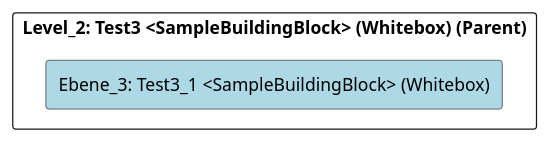
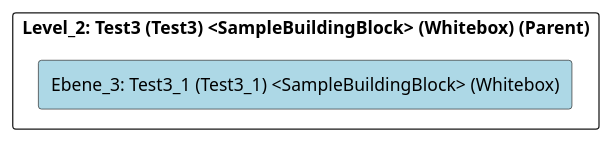
One commit to marcozwyssig/cleon changed the diagram in src/cleon.architecturemethods.arc42.sample/doc/cleon_architecturemethods_arc42_sample_arc42/adoc/de/05_bausteinsicht/chess/test3/test3_1/ebene_3_test3_1.adoc. Above: the diagram before and after it, drawn with PlantUML. The commit also changed other lines of this file and 166 other files, not shown here.

```diff
--- a/src/cleon.architecturemethods.arc42.sample/doc/cleon_architecturemethods_arc42_sample_arc42/adoc/de/05_bausteinsicht/chess/test3/test3_1/ebene_3_test3_1.adoc
+++ b/src/cleon.architecturemethods.arc42.sample/doc/cleon_architecturemethods_arc42_sample_arc42/adoc/de/05_bausteinsicht/chess/test3/test3_1/ebene_3_test3_1.adoc
@@ -20,24 +20,24 @@
-[plantuml, Ebene_3: Test3_1 <SampleBuildingBlock> (Whitebox)BlockOverview, format="svg"]
+[plantuml, Ebene_3: Test3_1 (Test3_1) <SampleBuildingBlock> (Whitebox)BlockOverview, format="svg"]
 ----
-@startuml Ebene_3: Test3_1 <SampleBuildingBlock> (Whitebox)BuildingBlockOverview
+@startuml Ebene_3: Test3_1 (Test3_1) <SampleBuildingBlock> (Whitebox)BuildingBlockOverview
 
 skinparam ranksep 10
 skinparam componentStyle rectangle
 skinparam shadowing false
 skinparam arrowColor lightblue
 skinparam arrowThickness 1.2
 skinparam rectangle {
   BackgroundColor White
   BorderColor #333
   RoundCorner 10
 }
 top to bottom direction
 
-component "Level_2: Test3 <SampleBuildingBlock> (Whitebox) (Parent)" {
-    component "Ebene_3: Test3_1 <SampleBuildingBlock> (Whitebox)" #lightblue {
+component "Level_2: Test3 (Test3) <SampleBuildingBlock> (Whitebox) (Parent)" {
+    component "Ebene_3: Test3_1 (Test3_1) <SampleBuildingBlock> (Whitebox)" #lightblue {
     }
 
 }
 
 @enduml
 ----
```
